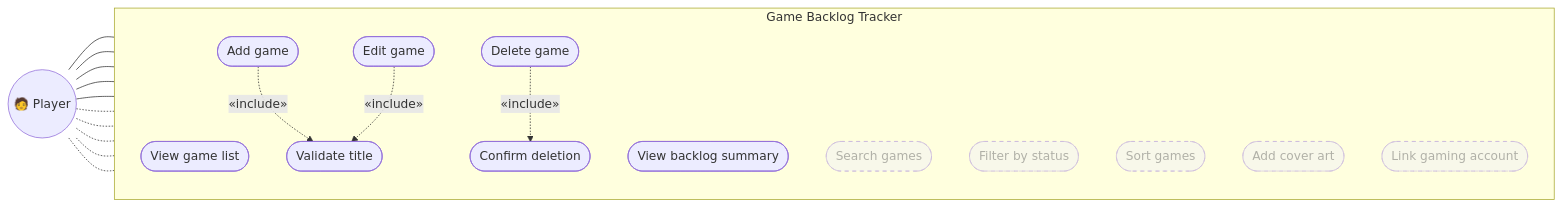
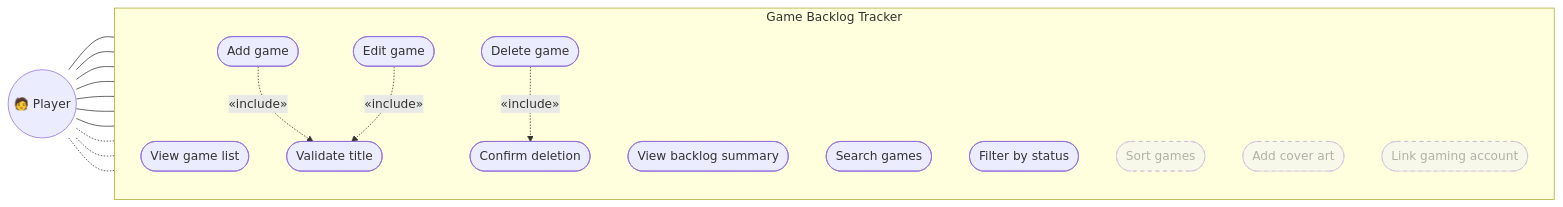
Before and after one commit to AiridasBalkus/GameLoggerTrackerAndroid: the third of 5 diagrams in docs/uml.md, drawn with Mermaid. The commit also changed other lines of this file and 1 other file, not shown here.

Commit message:
Document game search and status filters
Update the README and UML diagrams to reflect that title/platform search and status filtering are implemented and can be combined.

````diff
--- a/docs/uml.md
+++ b/docs/uml.md
@@ -144,39 +146,39 @@
 ```mermaid
 flowchart LR
     player(("🧑 Player"))
 
     subgraph app ["Game Backlog Tracker"]
         direction TB
         view(["View game list"])
         stats(["View backlog summary"])
+        search(["Search games"])
+        filter(["Filter by status"])
         add(["Add game"])
         edit(["Edit game"])
         del(["Delete game"])
         validate(["Validate title"])
         confirm(["Confirm deletion"])
 
-        search(["Search games"])
-        filter(["Filter by status"])
         sort(["Sort games"])
         cover(["Add cover art"])
         link(["Link gaming account"])
     end
 
     player --- view
     player --- stats
     player --- add
     player --- edit
     player --- del
-    player -.- search
-    player -.- filter
+    player --- search
+    player --- filter
     player -.- sort
     player -.- cover
     player -.- link
 
     add -. "«include»" .-> validate
     edit -. "«include»" .-> validate
     del -. "«include»" .-> confirm
 
     classDef planned stroke-dasharray: 5 5,opacity:0.6
-    class search,filter,sort,cover,link planned
+    class sort,cover,link planned
 ```
````
